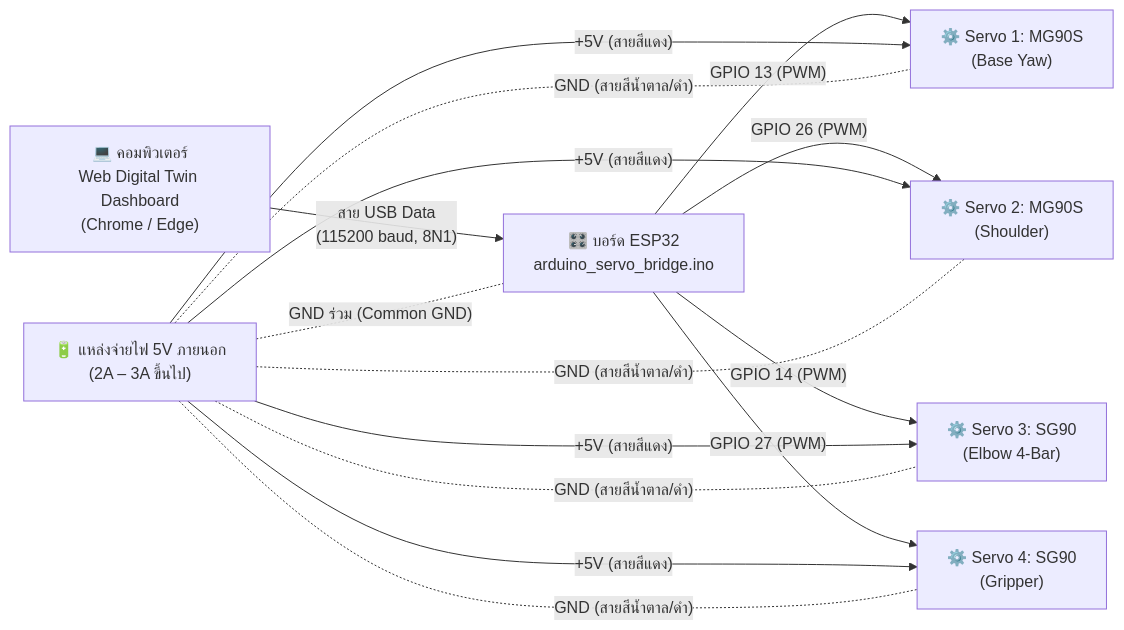
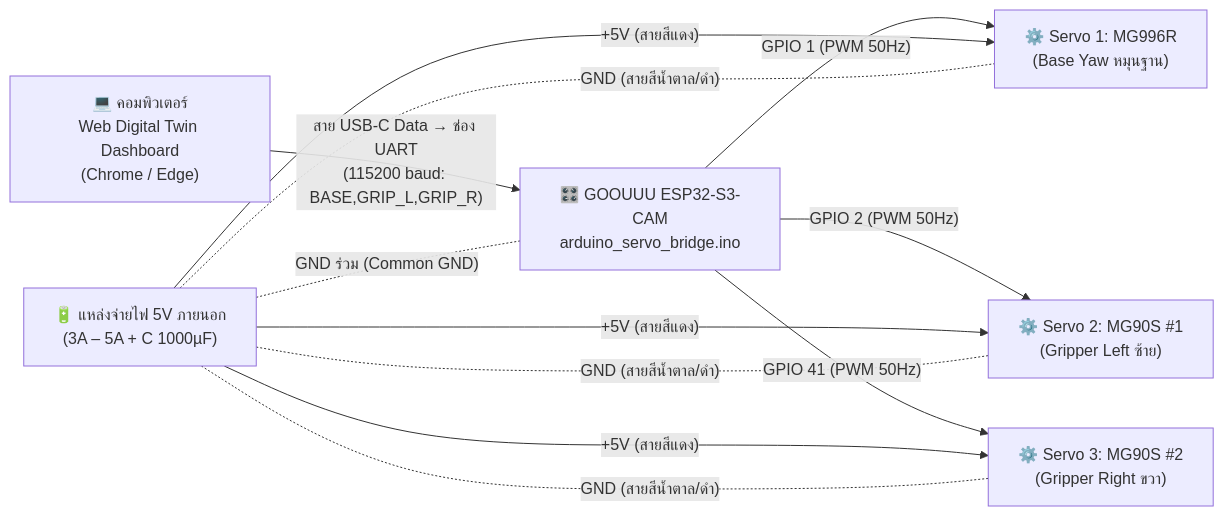
Before and after one commit to Pongsakorn-yarn/Group01_Project: the diagram in docs/WIRING_GUIDE.md, drawn with Mermaid. The commit also changed other lines of this file and 27 other files, not shown here.

Commit message:
feat: add web interface, arduino servo bridge firmware, and documentation

````diff
--- a/docs/WIRING_GUIDE.md
+++ b/docs/WIRING_GUIDE.md
@@ -61,20 +61,17 @@
 ```mermaid
 flowchart LR
-    PC["💻 คอมพิวเตอร์<br/>Web Digital Twin Dashboard<br/>(Chrome / Edge)"] -- "สาย USB Data<br/>(115200 baud, 8N1)" --> ESP["🎛️ บอร์ด ESP32<br/>arduino_servo_bridge.ino"]
+    PC["💻 คอมพิวเตอร์<br/>Web Digital Twin Dashboard<br/>(Chrome / Edge)"] -- "สาย USB-C Data → ช่อง UART<br/>(115200 baud: BASE,GRIP_L,GRIP_R)" --> ESP["🎛️ GOOUUU ESP32-S3-CAM<br/>arduino_servo_bridge.ino"]
 
-    ESP -- "GPIO 13 (PWM)" --> S1["⚙️ Servo 1: MG90S<br/>(Base Yaw)"]
-    ESP -- "GPIO 26 (PWM)" --> S2["⚙️ Servo 2: MG90S<br/>(Shoulder)"]
-    ESP -- "GPIO 14 (PWM)" --> S3["⚙️ Servo 3: SG90<br/>(Elbow 4-Bar)"]
-    ESP -- "GPIO 27 (PWM)" --> S4["⚙️ Servo 4: SG90<br/>(Gripper)"]
+    ESP -- "GPIO 1 (PWM 50Hz)" --> S1["⚙️ Servo 1: MG996R<br/>(Base Yaw หมุนฐาน)"]
+    ESP -- "GPIO 2 (PWM 50Hz)" --> S2["⚙️ Servo 2: MG90S #1<br/>(Gripper Left ซ้าย)"]
+    ESP -- "GPIO 41 (PWM 50Hz)" --> S3["⚙️ Servo 3: MG90S #2<br/>(Gripper Right ขวา)"]
 
-    PSU["🔋 แหล่งจ่ายไฟ 5V ภายนอก<br/>(2A – 3A ขึ้นไป)"] -- "+5V (สายสีแดง)" --> S1
+    PSU["🔋 แหล่งจ่ายไฟ 5V ภายนอก<br/>(3A – 5A + C 1000µF)"] -- "+5V (สายสีแดง)" --> S1
     PSU -- "+5V (สายสีแดง)" --> S2
     PSU -- "+5V (สายสีแดง)" --> S3
-    PSU -- "+5V (สายสีแดง)" --> S4
 
     PSU -. "GND ร่วม (Common GND)" .- ESP
     PSU -. "GND (สายสีน้ำตาล/ดำ)" .- S1
     PSU -. "GND (สายสีน้ำตาล/ดำ)" .- S2
     PSU -. "GND (สายสีน้ำตาล/ดำ)" .- S3
-    PSU -. "GND (สายสีน้ำตาล/ดำ)" .- S4
 ```
````
